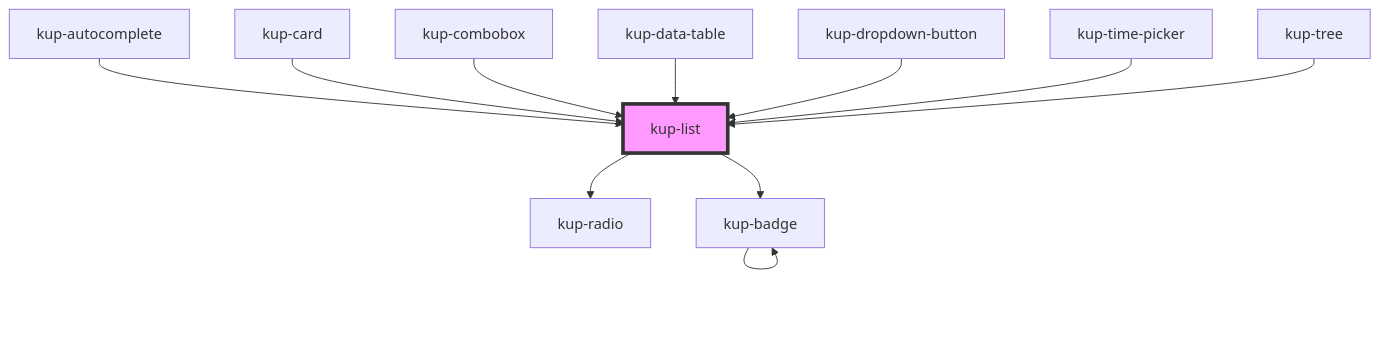
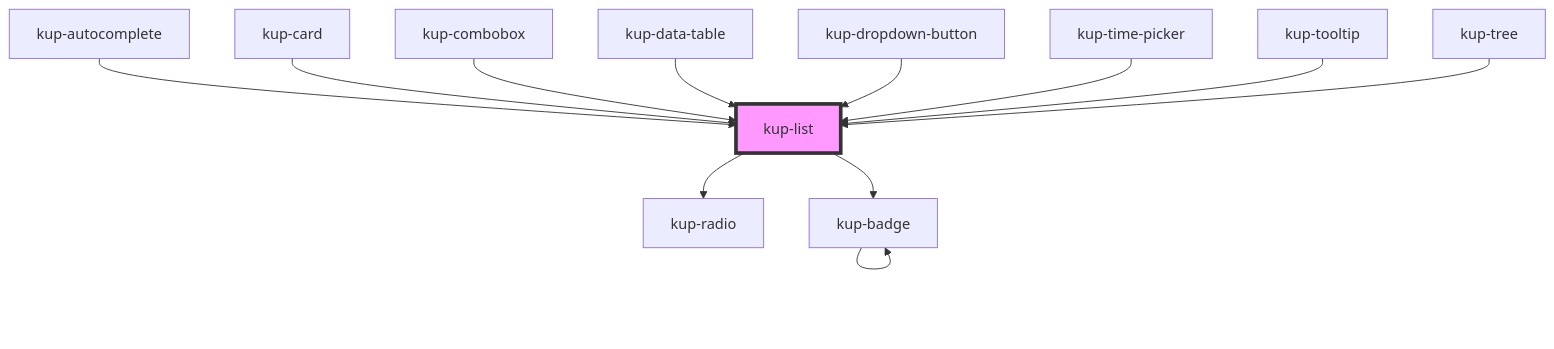
One commit to smeup/ketchup changed the diagram in packages/ketchup/src/components/kup-list/readme.md. Above: the diagram before and after it, drawn with Mermaid. The commit also changed other lines of this file and 11 other files, not shown here.

Commit message:
kup-tooltip: layout 5: managed render just if are present data, for kup-box and/or kup-list

````diff
--- a/packages/ketchup/src/components/kup-list/readme.md
+++ b/packages/ketchup/src/components/kup-list/readme.md
@@ -142,14 +143,15 @@
 ```mermaid
 graph TD;
   kup-list --> kup-radio
   kup-list --> kup-badge
   kup-badge --> kup-badge
   kup-autocomplete --> kup-list
   kup-card --> kup-list
   kup-combobox --> kup-list
   kup-data-table --> kup-list
   kup-dropdown-button --> kup-list
   kup-time-picker --> kup-list
+  kup-tooltip --> kup-list
   kup-tree --> kup-list
   style kup-list fill:#f9f,stroke:#333,stroke-width:4px
 ```
````
